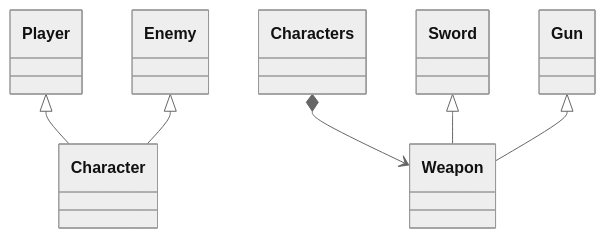
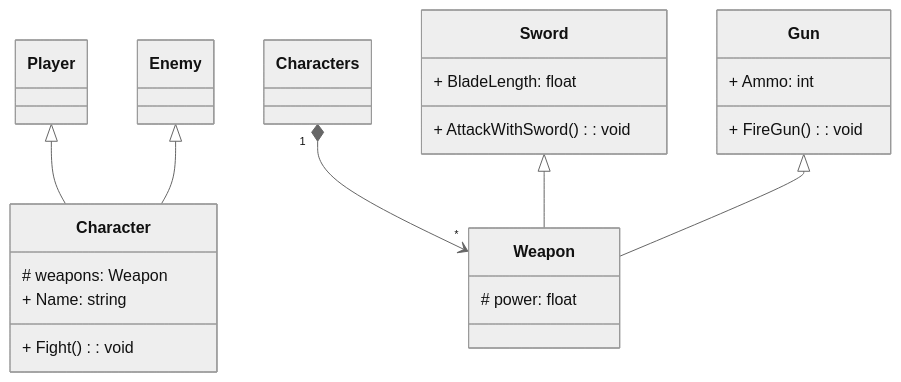
Before and after one commit to BrunoSilvaAlegria/LP1Semana07: the diagram in MiniGame/README.md, drawn with Mermaid (neutral theme).

Commit message:
Ex 4, completed classed and added cardinality

````diff
--- a/MiniGame/README.md
+++ b/MiniGame/README.md
@@ -1,33 +1,39 @@
 ``` mermaid
 
       classDiagram
       class Character {
+            # weapons: Weapon
+            + Name: string
+            + Fight(): void
 
+            
       }
 
       class Player {
-
+            
       }
 
       class Enemy {
 
       }
 
       class Weapon {
-
+            # power: float
       }
 
       class Sword {
-
+            + BladeLength: float 
+            + AttackWithSword(): void
       }
 
       class Gun {
-
+            + Ammo: int
+            + FireGun(): void
       }
 
-      Characters *--> Weapon
+      Characters "1" *--> "*" Weapon
       Player <|-- Character
       Enemy <|-- Character
       Sword <|-- Weapon
       Gun <|-- Weapon
 ```
````
